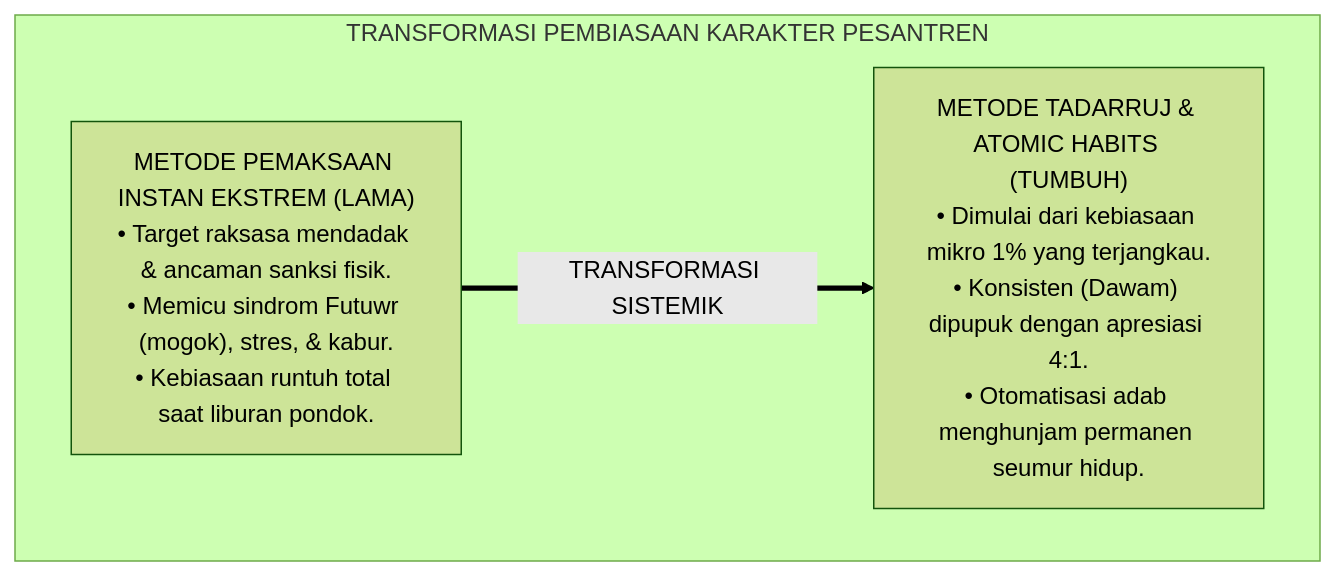
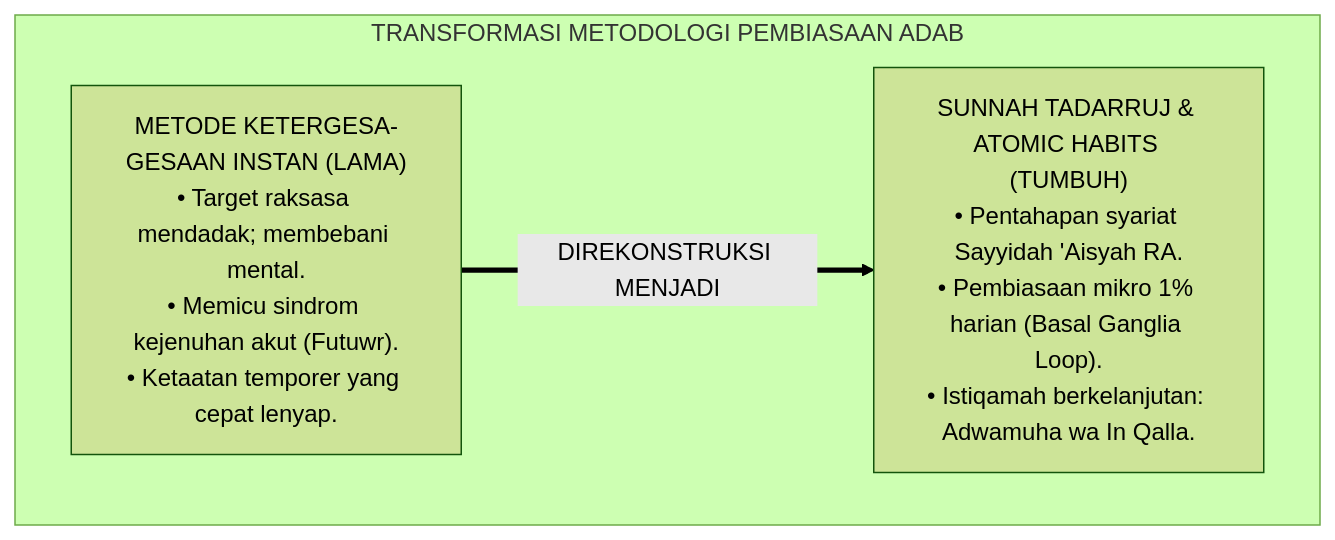
One commit to wandiapriliyandi/tumbuh changed the first of 4 diagrams in 01 Philosophy/06 Change/P1-06-02-Prinsip-Tadarruj-dan-Istiqamah.md. Above: the diagram before and after it, drawn with Mermaid (forest theme). The commit also changed other lines of this file and 7 other files, not shown here.

````diff
--- a/01 Philosophy/06 Change/P1-06-02-Prinsip-Tadarruj-dan-Istiqamah.md
+++ b/01 Philosophy/06 Change/P1-06-02-Prinsip-Tadarruj-dan-Istiqamah.md
@@ -65,10 +56,10 @@
 ```mermaid
 flowchart TD
-    subgraph TransformasiPembiasaanAdab["TRANSFORMASI PEMBIASAAN KARAKTER PESANTREN"]
-        Ekstrem["METODE PEMAKSAAN INSTAN EKSTREM (LAMA)<br/>• Target raksasa mendadak & ancaman sanksi fisik.<br/>• Memicu sindrom Futuwr (mogok), stres, & kabur.<br/>• Kebiasaan runtuh total saat liburan pondok."]
+    subgraph TransformasiTadarrujIstiqamah["TRANSFORMASI METODOLOGI PEMBIASAAN ADAB"]
+        PolaIsti'jalLama["METODE KETERGESA-GESAAN INSTAN (LAMA)<br/>• Target raksasa mendadak; membebani mental.<br/>• Memicu sindrom kejenuhan akut (Futuwr).<br/>• Ketaatan temporer yang cepat lenyap."]
         
-        Tadarruj["METODE TADARRUJ & ATOMIC HABITS (TUMBUH)<br/>• Dimulai dari kebiasaan mikro 1% yang terjangkau.<br/>• Konsisten (Dawam) dipupuk dengan apresiasi 4:1.<br/>• Otomatisasi adab menghunjam permanen seumur hidup."]
+        PolaTadarrujTUMBUH["SUNNAH TADARRUJ & ATOMIC HABITS (TUMBUH)<br/>• Pentahapan syariat Sayyidah 'Aisyah RA.<br/>• Pembiasaan mikro 1% harian (Basal Ganglia Loop).<br/>• Istiqamah berkelanjutan: Adwamuha wa In Qalla."]
         
-        Ekstrem ==>|TRANSFORMASI SISTEMIK| Tadarruj
+        PolaIsti'jalLama ==>|DIREKONSTRUKSI MENJADI| PolaTadarrujTUMBUH
     end
 ```
````
